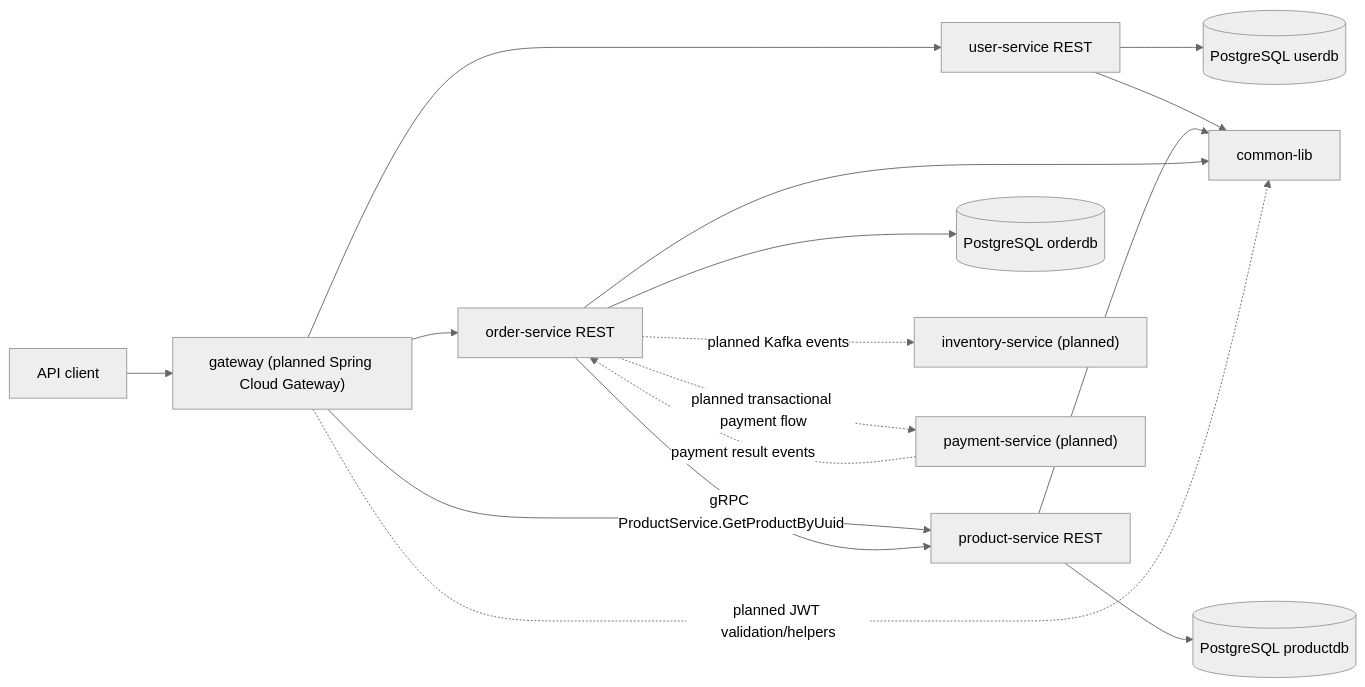
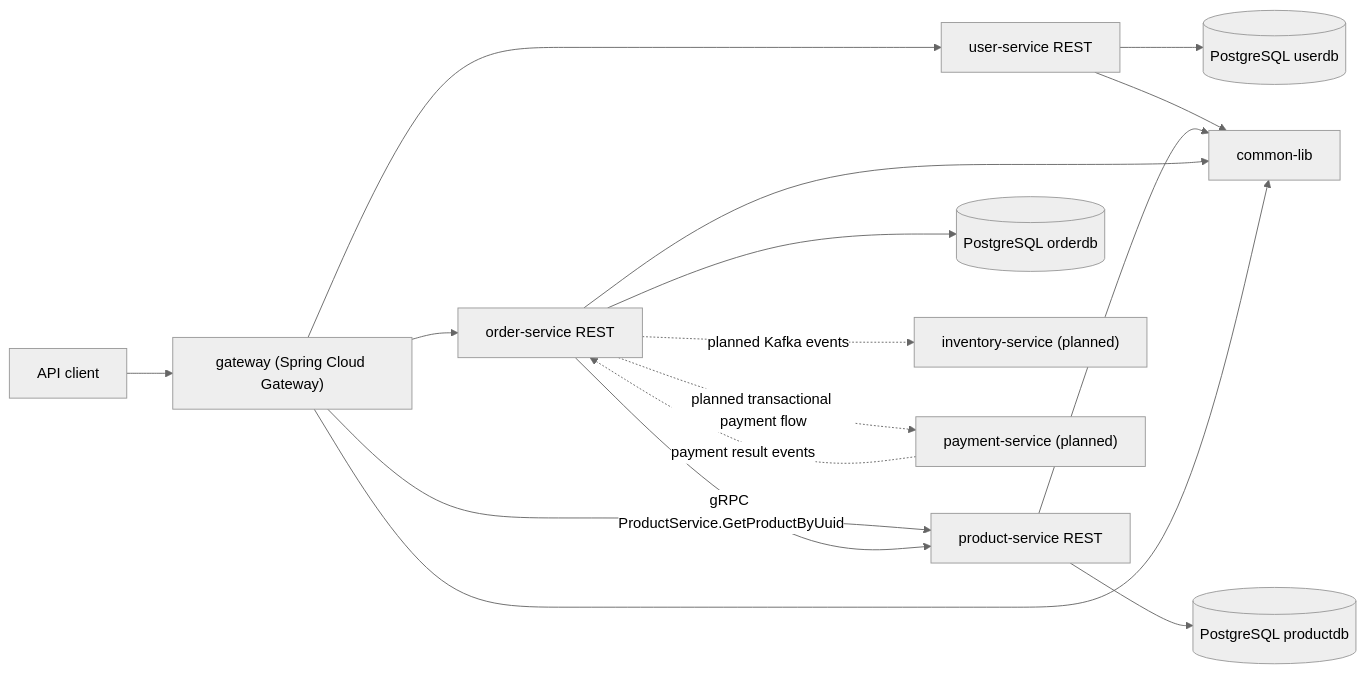
One commit to TroyTingle/e-commerce changed the diagram in README.md. Above: the diagram before and after it, drawn with Mermaid (neutral theme). The commit also changed other lines of this file and 15 other files, not shown here.

````diff
--- a/README.md
+++ b/README.md
@@ -7,21 +7,21 @@
 ```mermaid
 flowchart LR
-  Client["API client"] --> Gateway["gateway (planned Spring Cloud Gateway)"]
+  Client["API client"] --> Gateway["gateway (Spring Cloud Gateway)"]
   Gateway --> User["user-service REST"]
   Gateway --> Product["product-service REST"]
   Gateway --> Order["order-service REST"]
 
   User --> UserDb[("PostgreSQL userdb")]
   Product --> ProductDb[("PostgreSQL productdb")]
   Order --> OrderDb[("PostgreSQL orderdb")]
 
   Order -->|"gRPC ProductService.GetProductByUuid"| Product
   Order -. "planned Kafka events" .-> Inventory["inventory-service (planned)"]
   Order -. "planned transactional payment flow" .-> Payment["payment-service (planned)"]
   Payment -. "payment result events" .-> Order
 
   User --> Common["common-lib"]
   Product --> Common
   Order --> Common
-  Gateway -. "planned JWT validation/helpers" .-> Common
+  Gateway --> Common["common-lib"]
 ```
````
